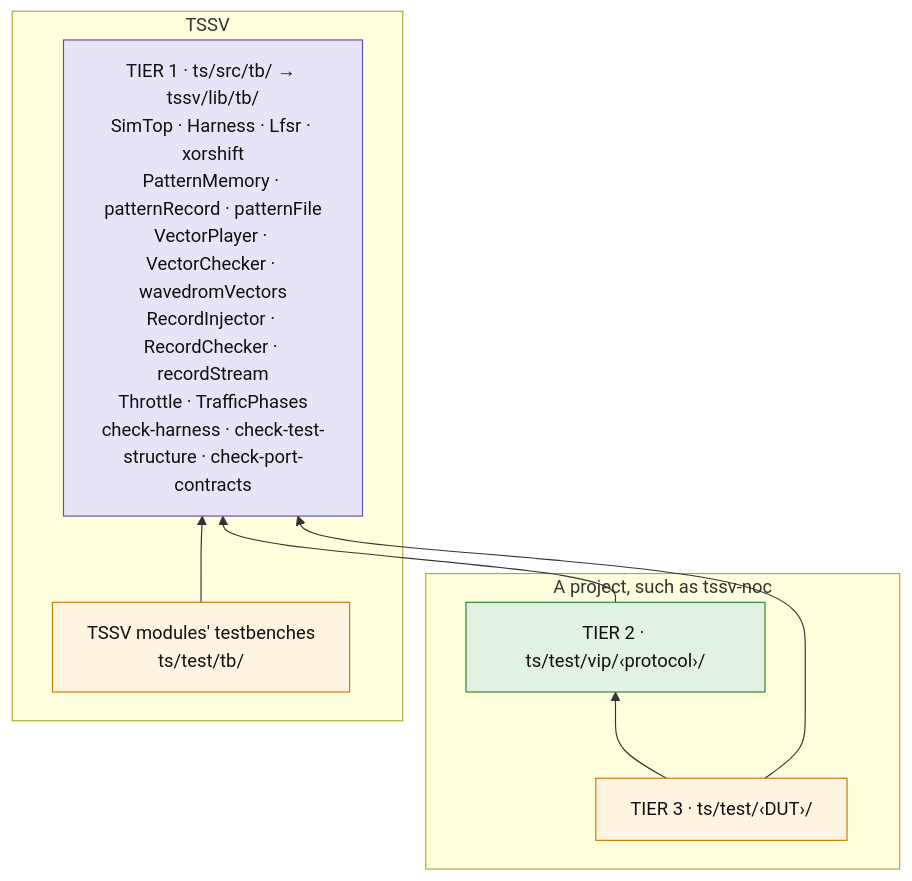
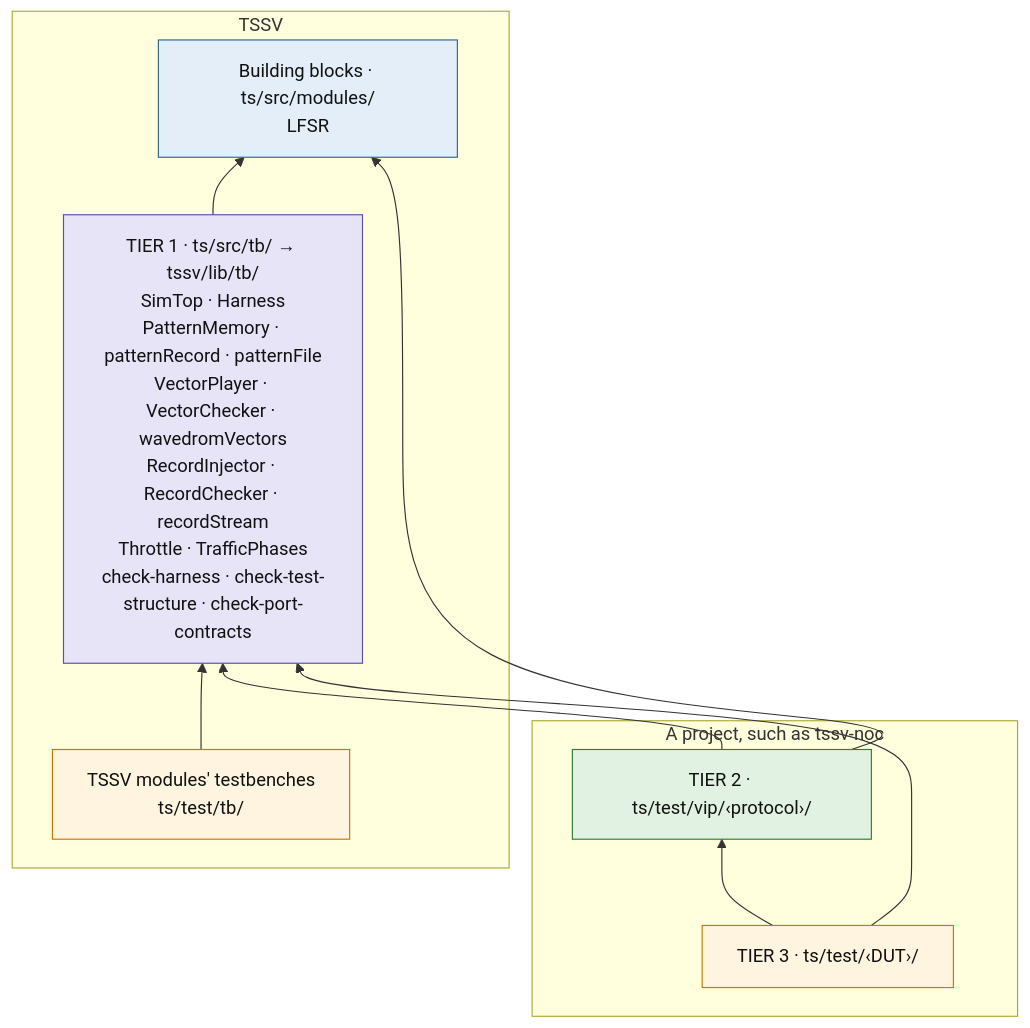
Before and after one commit to TypeScriptSystemVerilog/TSSV: the second of 7 diagrams in doc/framework/testbench.md, drawn with Mermaid. The commit also changed other lines of this file and 7 other files, not shown here.

````diff
--- a/doc/framework/testbench.md
+++ b/doc/framework/testbench.md
@@ -132,22 +132,27 @@
 ```mermaid
 flowchart BT
   subgraph TSSV["TSSV"]
-    T1["TIER 1 · ts/src/tb/ → tssv/lib/tb/<br/>SimTop · Harness · Lfsr · xorshift<br/>PatternMemory · patternRecord · patternFile<br/>VectorPlayer · VectorChecker · wavedromVectors<br/>RecordInjector · RecordChecker · recordStream<br/>Throttle · TrafficPhases<br/>check-harness · check-test-structure · check-port-contracts"]
+    T1["TIER 1 · ts/src/tb/ → tssv/lib/tb/<br/>SimTop · Harness<br/>PatternMemory · patternRecord · patternFile<br/>VectorPlayer · VectorChecker · wavedromVectors<br/>RecordInjector · RecordChecker · recordStream<br/>Throttle · TrafficPhases<br/>check-harness · check-test-structure · check-port-contracts"]
     TM["TSSV modules' testbenches<br/>ts/test/tb/"]
+    BB["Building blocks · ts/src/modules/<br/>LFSR"]
   end
   subgraph PRJ["A project, such as tssv-noc"]
     T2["TIER 2 · ts/test/vip/‹protocol›/"]
     T3["TIER 3 · ts/test/‹DUT›/"]
   end
   TM --> T1
+  T1 --> BB
   T2 --> T1
+  T2 --> BB
   T3 --> T2
   T3 --> T1
 
   classDef t1 fill:#e8e4f8,stroke:#5b4fa8,color:#111
   classDef t2 fill:#e2f2e2,stroke:#2e7d32,color:#111
   classDef t3 fill:#fff4e0,stroke:#c77700,color:#111
+  classDef bb fill:#e3eef8,stroke:#2f6690,color:#111
   class T1 t1
   class T2 t2
   class T3,TM t3
+  class BB bb
 ```
````
